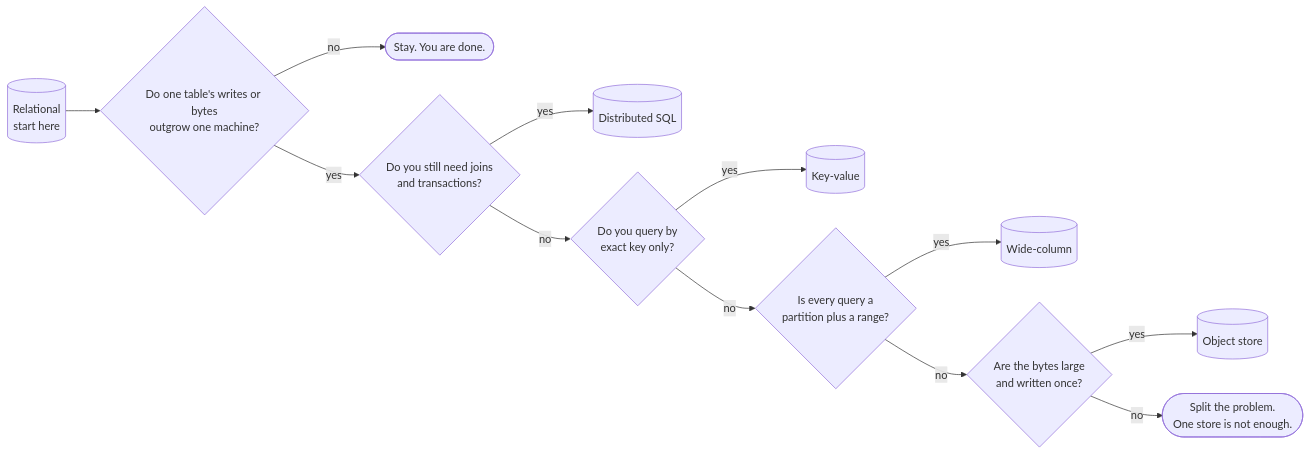
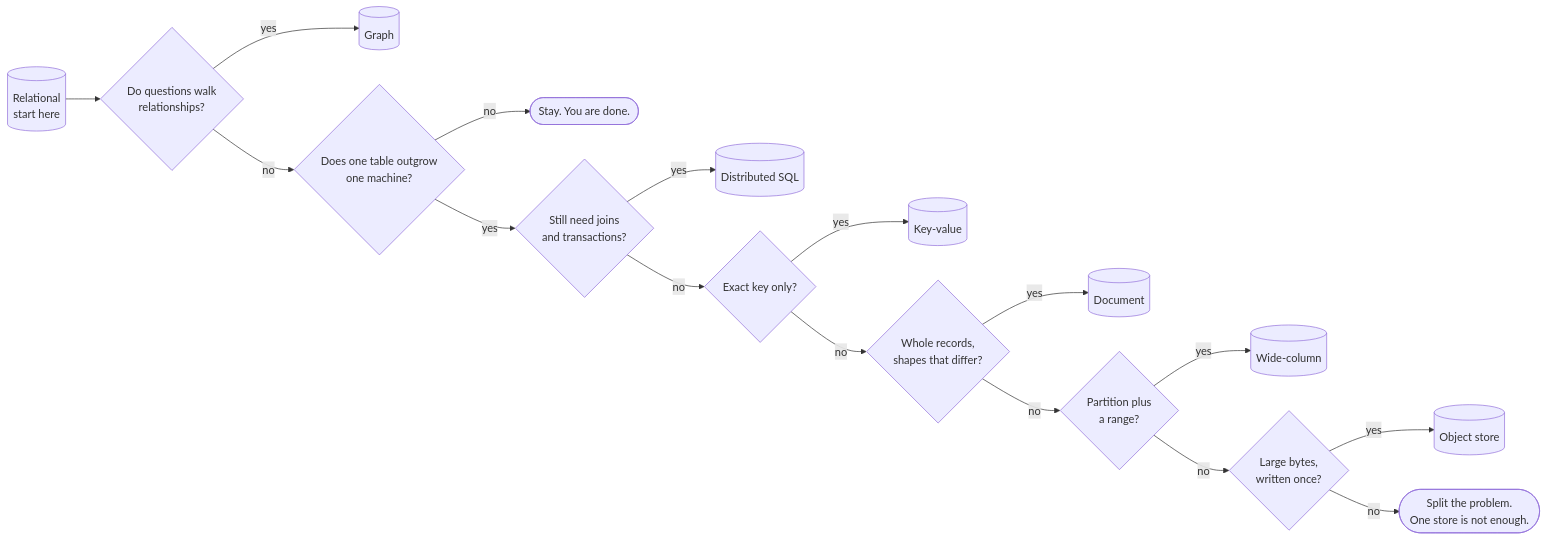
The fifth of 19 diagrams in examples/system-design-foundations.md (Laticent/lattice), drawn with Mermaid before and after one commit. The commit also changed other lines of this file and 1 other file, not shown here.

First paragraph of the commit message:
deck(examples): make the data kit's own procedure reachable and in order
Three sequencing defects a mentor would hit live, all found by the pedagogy
re-score.

````diff
--- a/examples/system-design-foundations.md
+++ b/examples/system-design-foundations.md
@@ -961,14 +961,18 @@
 ```mermaid
 flowchart LR
-  REL[("Relational<br/>start here")] --> Q1{"Do one table's writes or bytes<br/>outgrow one machine?"}
+  REL[("Relational<br/>start here")] --> Q0{"Do questions walk<br/>relationships?"}
+  Q0 -->|"yes"| GR[("Graph")]
+  Q0 -->|"no"| Q1{"Does one table outgrow<br/>one machine?"}
   Q1 -->|"no"| STAY(["Stay. You are done."])
-  Q1 -->|"yes"| QB{"Do you still need joins<br/>and transactions?"}
+  Q1 -->|"yes"| QB{"Still need joins<br/>and transactions?"}
   QB -->|"yes"| DS[("Distributed SQL")]
-  QB -->|"no"| Q2{"Do you query by<br/>exact key only?"}
+  QB -->|"no"| Q2{"Exact key only?"}
   Q2 -->|"yes"| KV[("Key-value")]
-  Q2 -->|"no"| Q3{"Is every query a<br/>partition plus a range?"}
+  Q2 -->|"no"| Q2B{"Whole records,<br/>shapes that differ?"}
+  Q2B -->|"yes"| DOC[("Document")]
+  Q2B -->|"no"| Q3{"Partition plus<br/>a range?"}
   Q3 -->|"yes"| WC[("Wide-column")]
-  Q3 -->|"no"| Q4{"Are the bytes large<br/>and written once?"}
+  Q3 -->|"no"| Q4{"Large bytes,<br/>written once?"}
   Q4 -->|"yes"| OS[("Object store")]
   Q4 -->|"no"| SPLIT(["Split the problem.<br/>One store is not enough."])
 ```
````
